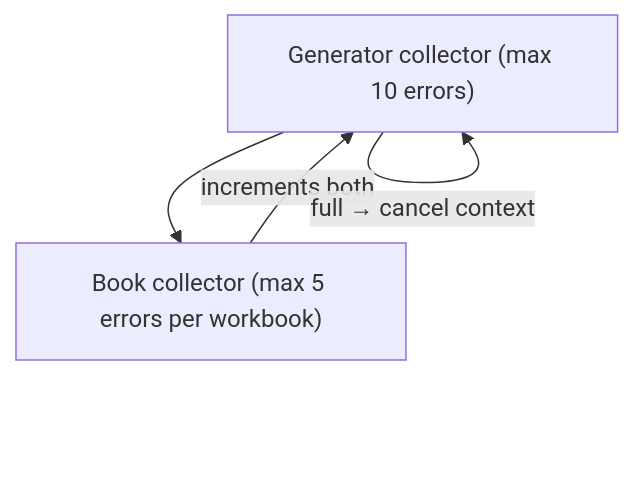
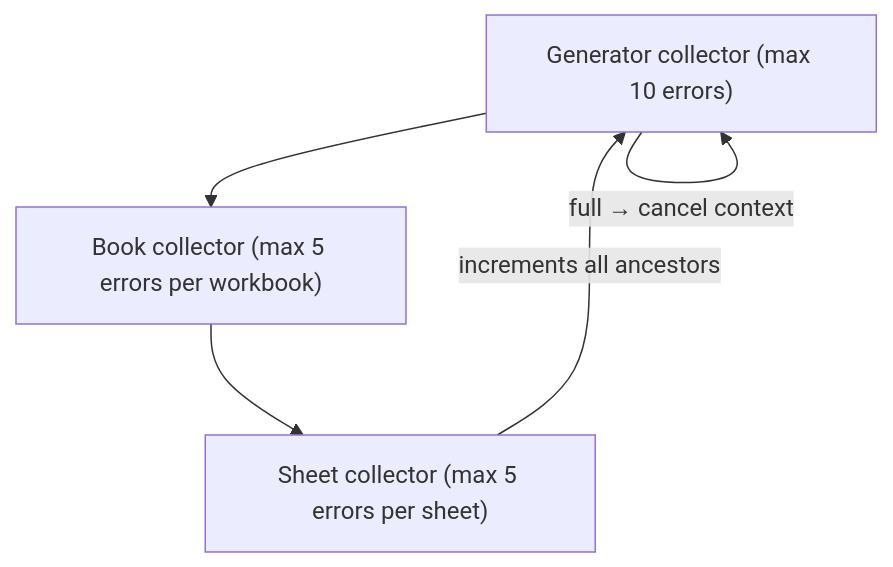
The diagram in internal/protogen/README.md (tableauio/tableau), drawn with Mermaid before and after one commit. The commit also changed other lines of this file and 17 other files, not shown here.

````diff
--- a/internal/protogen/README.md
+++ b/internal/protogen/README.md
@@ -68,8 +68,10 @@
 ```mermaid
 flowchart TB
     Root["Generator collector (max 10 errors)"]
     Book["Book collector (max 5 errors per workbook)"]
+    Sheet["Sheet collector (max 5 errors per sheet)"]
     Root --> Book
-    Book -- "increments both" --> Root
+    Book --> Sheet
+    Sheet -- "increments all ancestors" --> Root
     Root -- "full → cancel context" --> Root
 ```
````
